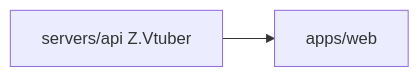
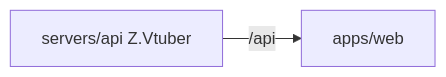
The diagram in apps/web/AGENTS.md (Deliay/z-vtuber), drawn with Mermaid before and after one commit. The commit also changed other lines of this file and 3 other files, not shown here.

First line of the commit message:
fix(web): fix API reachability and validation issues

````diff
--- a/apps/web/AGENTS.md
+++ b/apps/web/AGENTS.md
@@ -11,4 +12,4 @@
 ```mermaid
 graph LR
-    API[servers/api Z.Vtuber] --> Web[apps/web]
+    API[servers/api Z.Vtuber] -->|/api| Web[apps/web]
 ```
````
